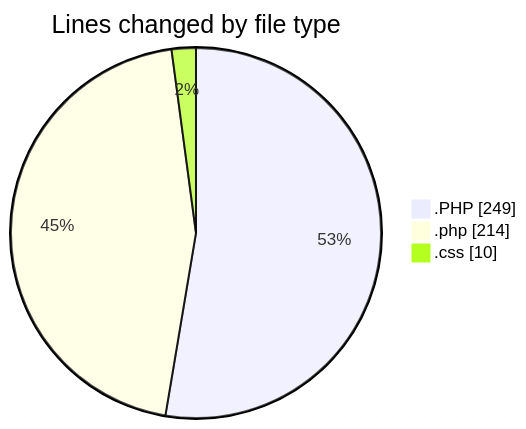
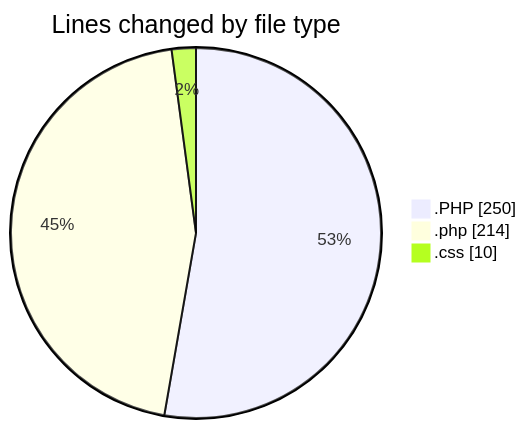
The first of 2 diagrams in 2025-05-15/jogo/README.md (LanceThiago/code-tracking), drawn with Mermaid before and after one commit. The commit also changed other lines of this file and 1 other file, not shown here.

````diff
--- a/2025-05-15/jogo/README.md
+++ b/2025-05-15/jogo/README.md
@@ -22,7 +22,7 @@
 ```mermaid
 pie showData
 title Lines changed by file type
-".PHP" : 249
+".PHP" : 250
 ".php" : 214
 ".css" : 10
 ```
````
